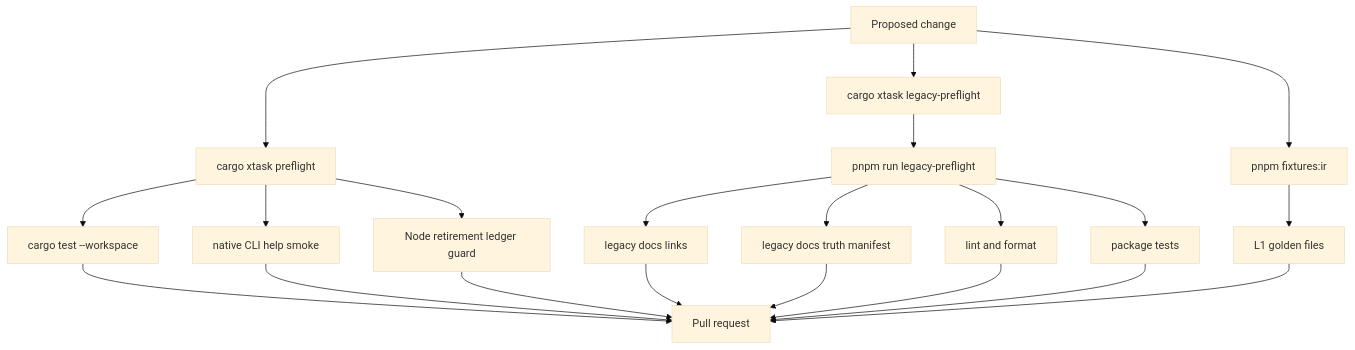
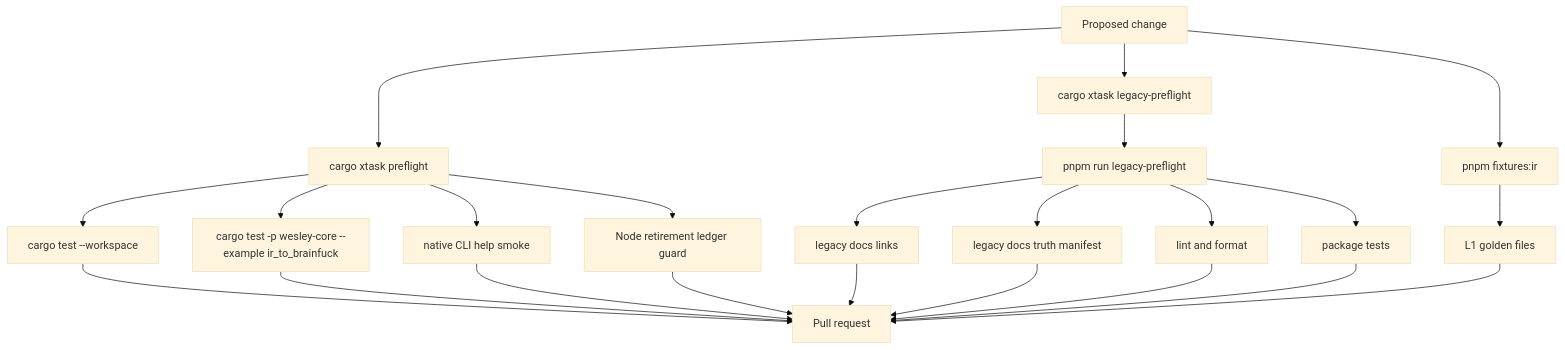
One commit to flyingrobots/wesley changed diagram 21 of 24 in docs/END_TO_END.md. Above: the diagram before and after it, drawn with Mermaid (base theme). The commit also changed 6 other files, not shown here.

Commit message:
Fix: document the full preflight test sequence

````diff
--- a/docs/END_TO_END.md
+++ b/docs/END_TO_END.md
@@ -976,26 +976,28 @@
 ```mermaid
 flowchart TD
     Change[Proposed change] --> RustPreflight[cargo xtask preflight]
     Change --> LegacyPreflight[cargo xtask legacy-preflight]
     Change --> Fixtures[pnpm fixtures:ir]
 
     RustPreflight --> RustTests[cargo test --workspace]
+    RustPreflight --> ExampleTests[cargo test -p wesley-core --example ir_to_brainfuck]
     RustPreflight --> NativeHelp[native CLI help smoke]
     LegacyPreflight --> PnpmLegacy[pnpm run legacy-preflight]
     PnpmLegacy --> DocsLinks[legacy docs links]
     PnpmLegacy --> DocsTruth[legacy docs truth manifest]
     RustPreflight --> NodeRetirement[Node retirement ledger guard]
     PnpmLegacy --> Lint[lint and format]
     PnpmLegacy --> PackageTests[package tests]
 
     Fixtures --> Golden[L1 golden files]
 
     RustTests --> PR[Pull request]
+    ExampleTests --> PR
     NativeHelp --> PR
     DocsLinks --> PR
     DocsTruth --> PR
     NodeRetirement --> PR
     Lint --> PR
     PackageTests --> PR
     Golden --> PR
 ```
````
